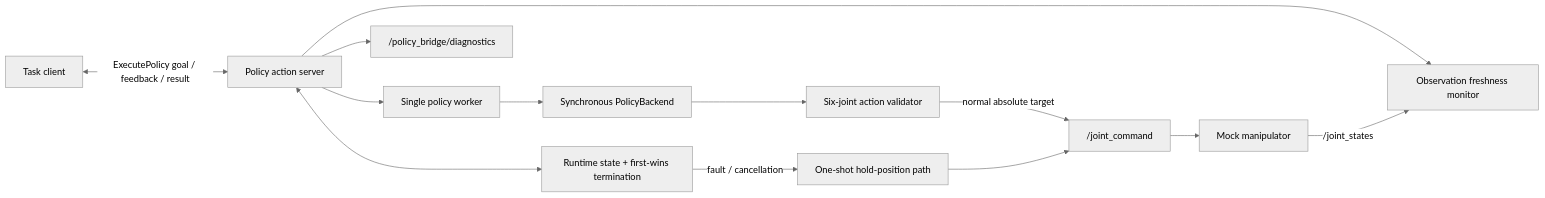
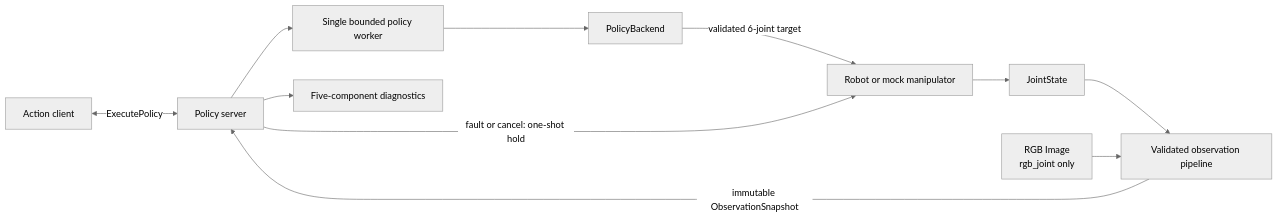
Before and after one commit to Yanagisawa2002/PolicyBridge-ROS2: the diagram in README.md, drawn with Mermaid (neutral theme). The commit also changed other lines of this file and 22 other files, not shown here.

````diff
--- a/README.md
+++ b/README.md
@@ -23,15 +13,13 @@
 ```mermaid
 flowchart LR
-    Client["Task client"] <-->|"ExecutePolicy goal / feedback / result"| Server["Policy action server"]
-    Server <--> Runtime["Runtime state + first-wins termination"]
-    Server --> Freshness["Observation freshness monitor"]
-    Server --> Worker["Single policy worker"]
-    Worker --> Backend["Synchronous PolicyBackend"]
-    Backend --> Validator["Six-joint action validator"]
-    Validator -->|"normal absolute target"| Command["/joint_command"]
-    Runtime -->|"fault / cancellation"| Hold["One-shot hold-position path"]
-    Hold --> Command
-    Command --> Mock["Mock manipulator"]
-    Mock -->|"/joint_states"| Freshness
-    Server --> Diagnostics["/policy_bridge/diagnostics"]
+    Client["Action client"] <-->|"ExecutePolicy"| Server["Policy server"]
+    Joint["JointState"] --> Sync["Validated observation pipeline"]
+    RGB["RGB Image\nrgb_joint only"] --> Sync
+    Sync -->|"immutable ObservationSnapshot"| Server
+    Server --> Worker["Single bounded policy worker"]
+    Worker --> Backend["PolicyBackend"]
+    Backend -->|"validated 6-joint target"| Robot["Robot or mock manipulator"]
+    Robot --> Joint
+    Server -->|"fault or cancel: one-shot hold"| Robot
+    Server --> Diag["Five-component diagnostics"]
 ```
````
